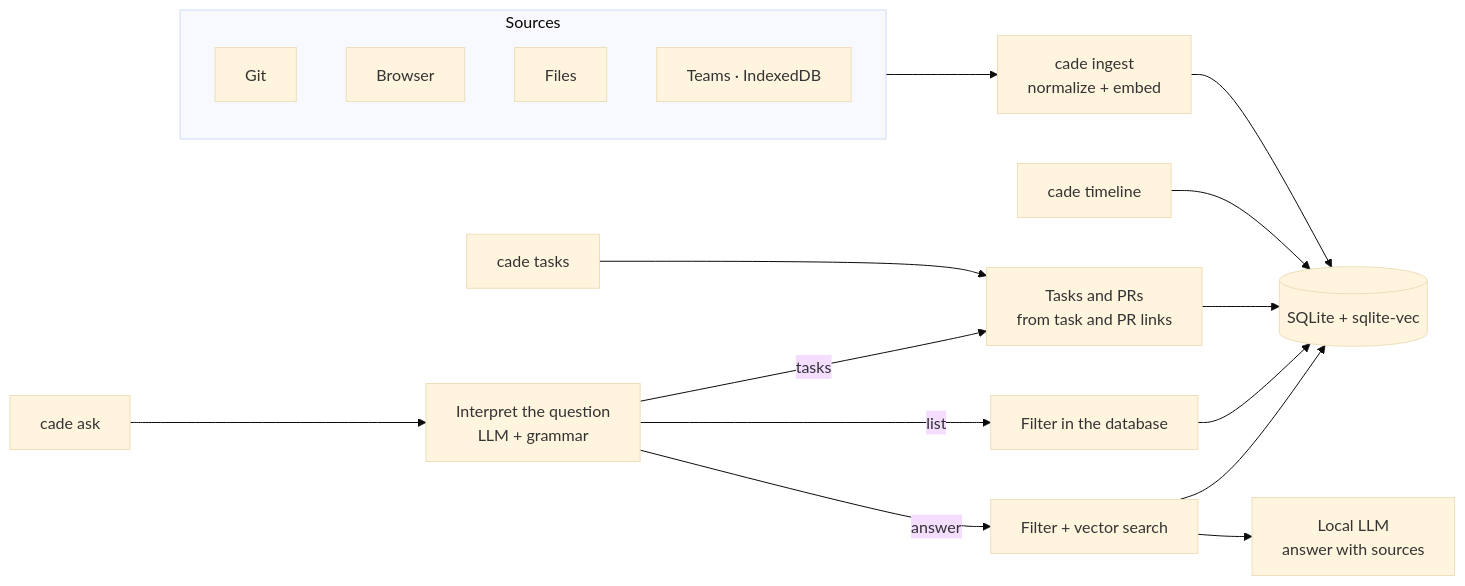
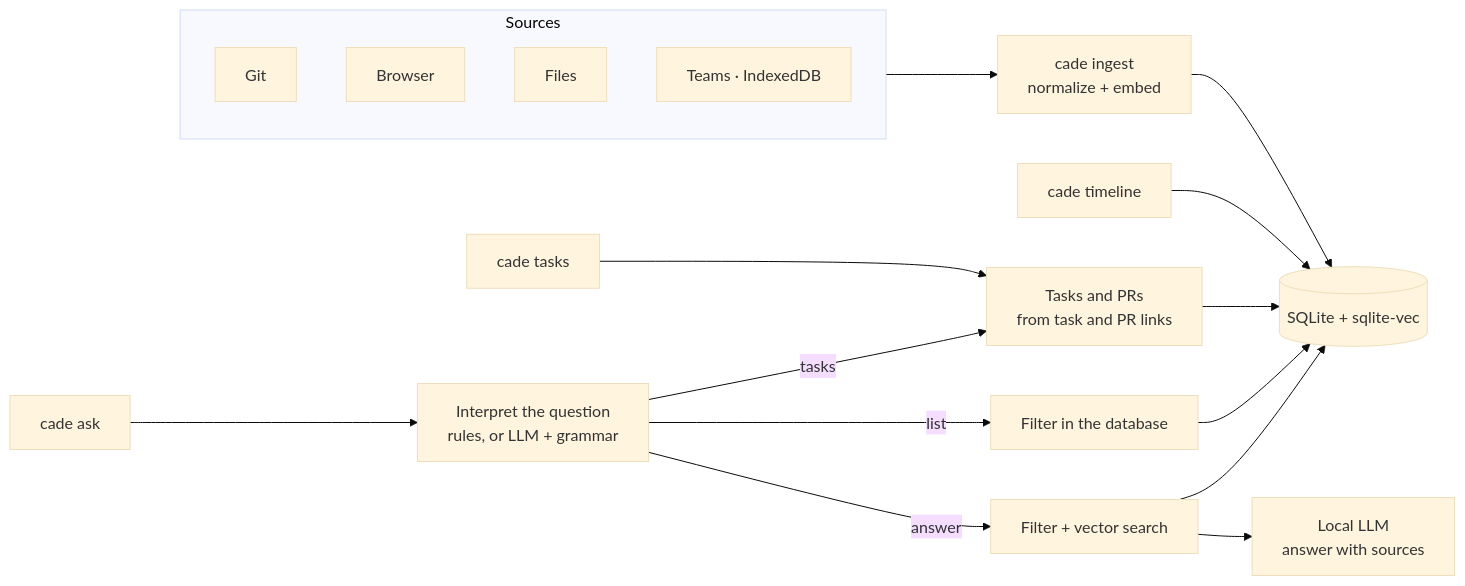
Before and after one commit to Chipskein/cade: the diagram in README.md, drawn with Mermaid (base theme). The commit also changed other lines of this file and 35 other files, not shown here.

````diff
--- a/README.md
+++ b/README.md
@@ -30,24 +30,24 @@
 ```mermaid
 flowchart LR
     subgraph Sources
         git[Git]
         nav[Browser]
         arq[Files]
         teams[Teams · IndexedDB]
     end
 
     Sources --> ingest[cade ingest<br/>normalize + embed]
     ingest --> db[(SQLite + sqlite-vec)]
 
     timeline[cade timeline] --> db
     tasks[cade tasks] --> relatorio[Tasks and PRs<br/>from task and PR links]
     relatorio --> db
 
-    ask[cade ask] --> plano[Interpret the question<br/>LLM + grammar]
+    ask[cade ask] --> plano[Interpret the question<br/>rules, or LLM + grammar]
     plano -->|list| filtro[Filter in the database]
     plano -->|answer| busca[Filter + vector search]
     plano -->|tasks| relatorio
     filtro --> db
     busca --> db
     busca --> llm[Local LLM<br/>answer with sources]
 ```
````
